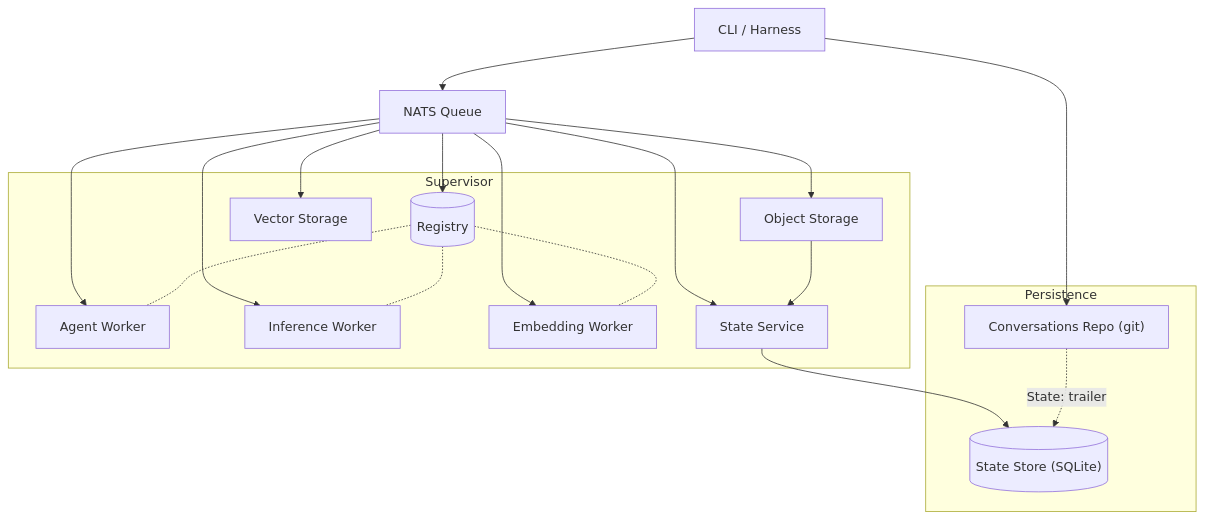
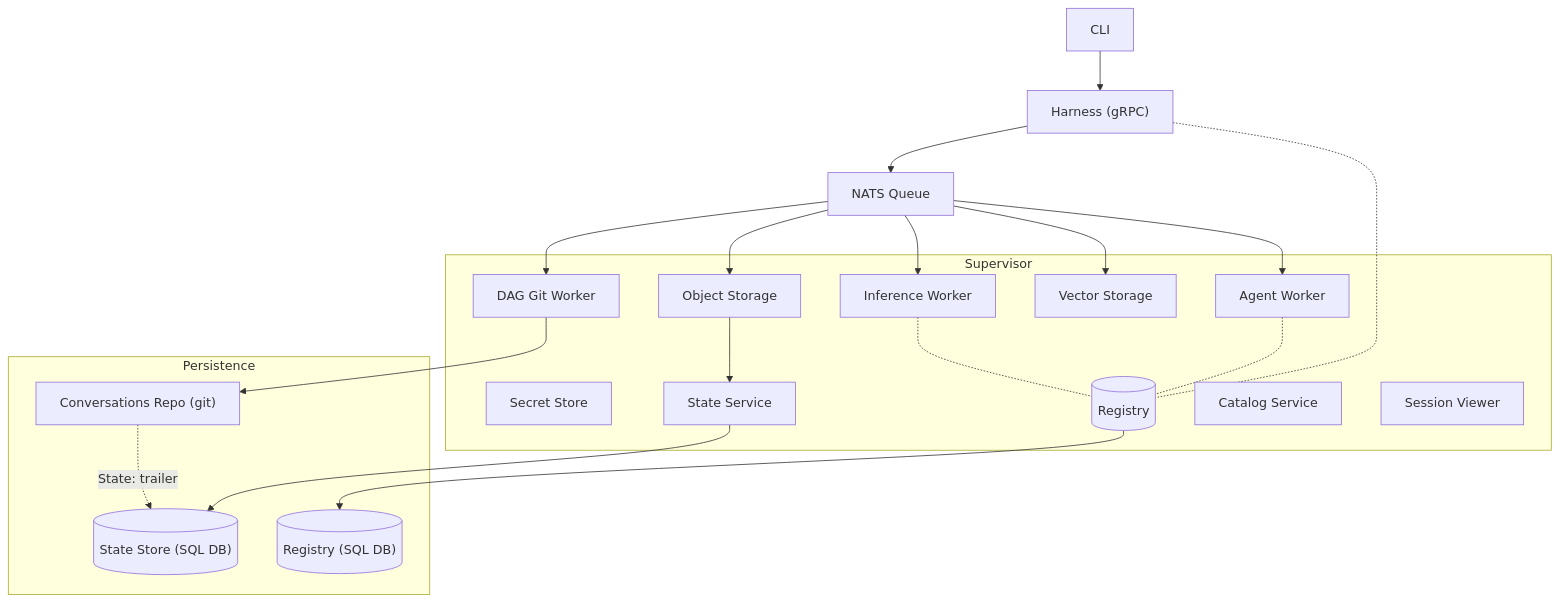
One commit to vlindercli/public-docs changed the first of 2 diagrams in docs/content/explanation/architecture.md. Above: the diagram before and after it, drawn with Mermaid. The commit also changed other lines of this file, not shown here.

First line of the commit message:
Rewrite architecture explanation to match code and product messaging

````diff
--- a/docs/content/explanation/architecture.md
+++ b/docs/content/explanation/architecture.md
@@ -7,37 +9,41 @@
 ```mermaid
 flowchart TD
-    CLI["CLI / Harness"]
-    CLI --> NATS["NATS Queue"]
+    CLI["CLI"]
+    CLI --> Harness["Harness (gRPC)"]
+    Harness --> NATS["NATS Queue"]
 
     subgraph Supervisor
+        Secret["Secret Store"]
         Registry[("Registry")]
+        StateW["State Service"]
+        Catalog["Catalog Service"]
         Agent["Agent Worker"]
         Inference["Inference Worker"]
-        Embedding["Embedding Worker"]
         Object["Object Storage"]
         Vector["Vector Storage"]
-        State["State Service"]
+        DagGit["DAG Git Worker"]
+        SessionViewer["Session Viewer"]
     end
 
-    NATS --> Registry
     NATS --> Agent
     NATS --> Inference
-    NATS --> Embedding
     NATS --> Object
     NATS --> Vector
-    NATS --> State
+    NATS --> DagGit
 
-    Registry -.- Agent
-    Registry -.- Inference
-    Registry -.- Embedding
+    Harness -.- Registry
+    Agent -.- Registry
+    Inference -.- Registry
 
     subgraph Persistence
         Git["Conversations Repo (git)"]
-        StateDB[("State Store (SQLite)")]
+        StateDB[("State Store (SQL DB)")]
+        RegistryDB[("Registry (SQL DB)")]
     end
 
-    Object --> State
-    State --> StateDB
-    CLI --> Git
+    Registry --> RegistryDB
+    DagGit --> Git
+    Object --> StateW
+    StateW --> StateDB
     Git -. "State: trailer" .-> StateDB
 ```
````
